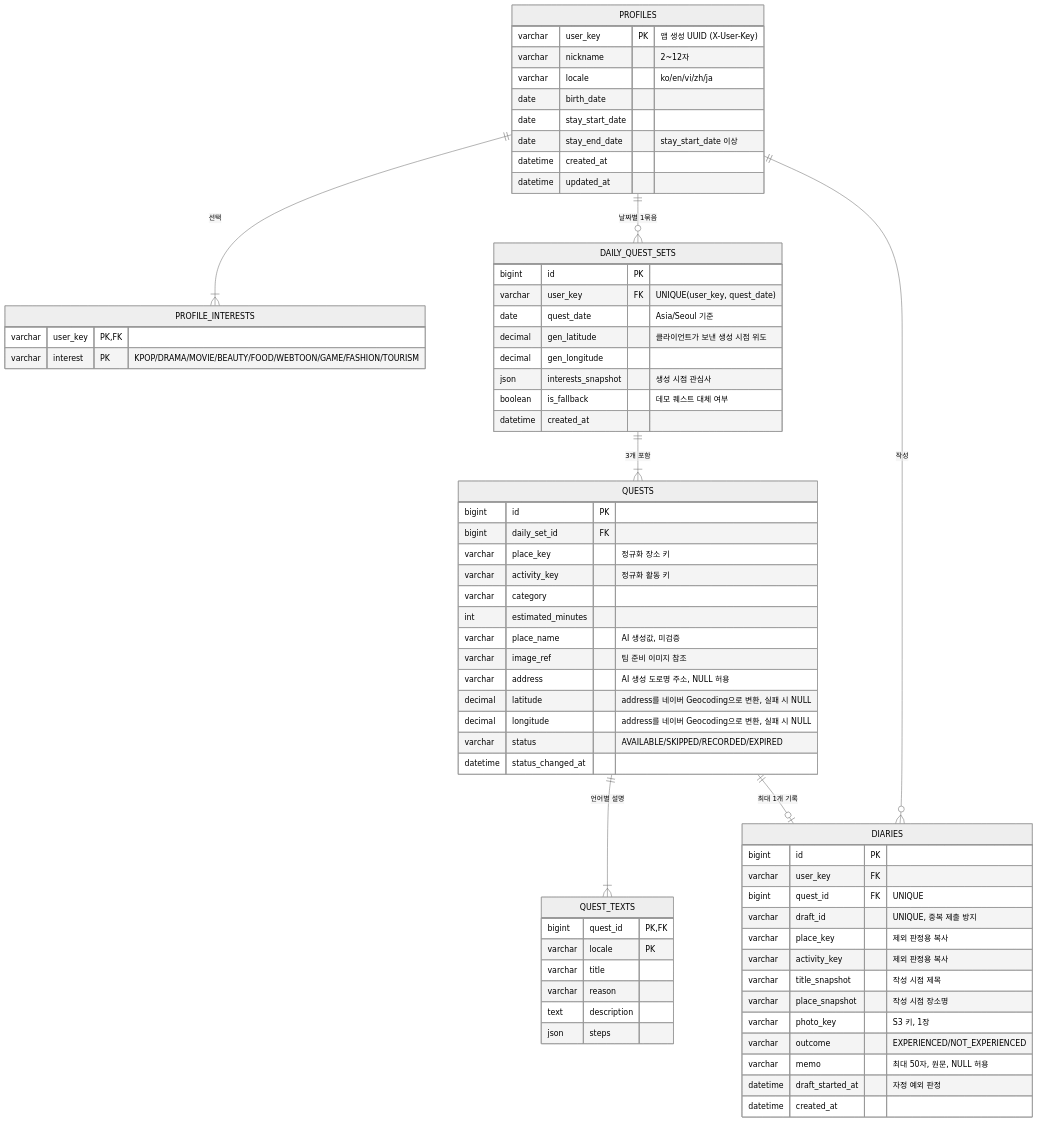
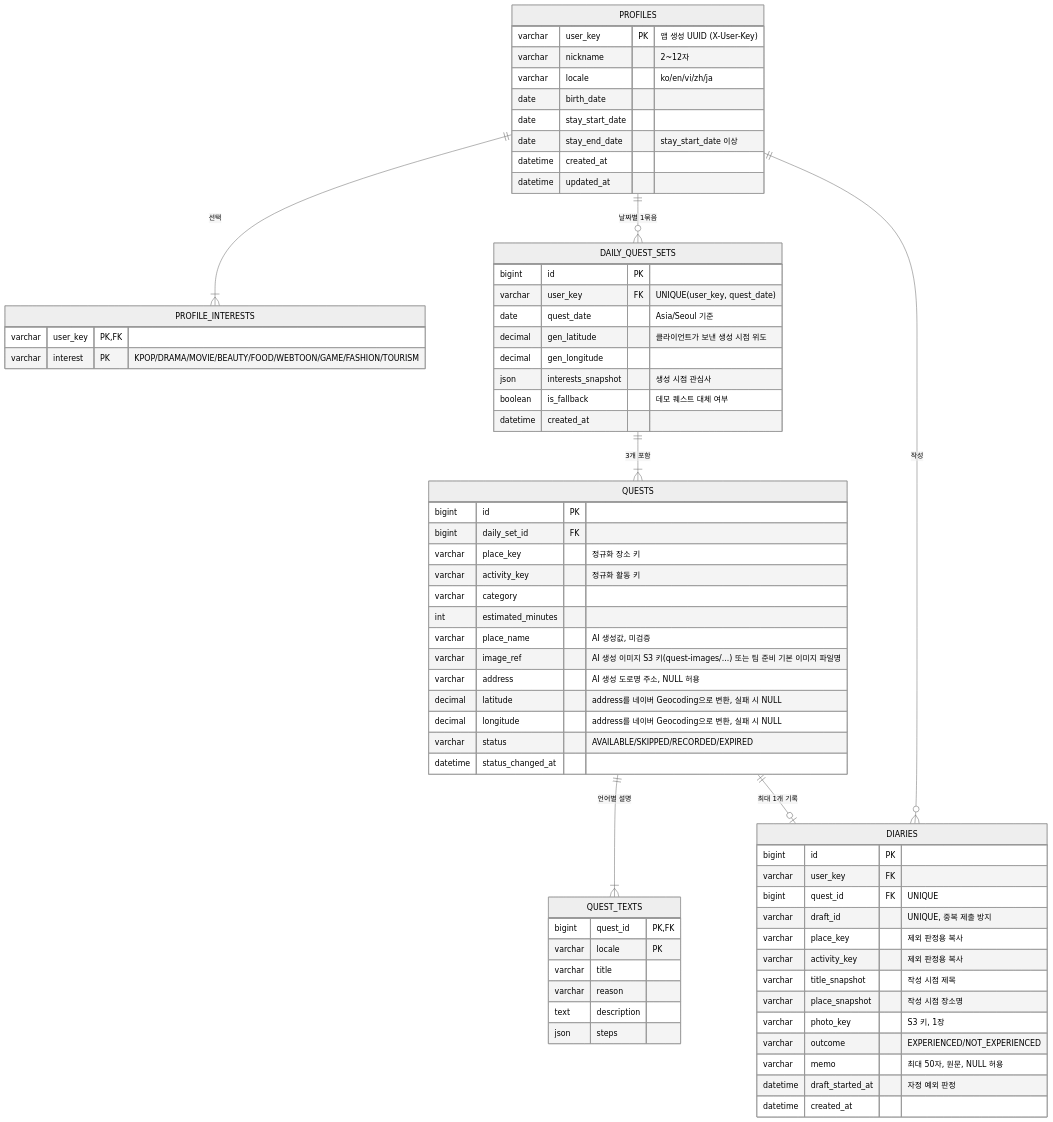
The diagram in docs/동네메이트_ERD.md (MJU-hackathon/hackathon-server), drawn with Mermaid (neutral theme) before and after one commit. The commit also changed 1 other file, not shown here.

Commit message:
docs: 명세서·ERD에 퀘스트 대표 이미지 AI 생성 반영 - #43

````diff
--- a/docs/동네메이트_ERD.md
+++ b/docs/동네메이트_ERD.md
@@ -7,77 +7,77 @@
 ```mermaid
 erDiagram
     PROFILES ||--|{ PROFILE_INTERESTS : "선택"
     PROFILES ||--o{ DAILY_QUEST_SETS : "날짜별 1묶음"
     DAILY_QUEST_SETS ||--|{ QUESTS : "3개 포함"
     QUESTS ||--|{ QUEST_TEXTS : "언어별 설명"
     QUESTS ||--o| DIARIES : "최대 1개 기록"
     PROFILES ||--o{ DIARIES : "작성"
 
     PROFILES {
         varchar user_key PK "앱 생성 UUID (X-User-Key)"
         varchar nickname "2~12자"
         varchar locale "ko/en/vi/zh/ja"
         date birth_date
         date stay_start_date
         date stay_end_date "stay_start_date 이상"
         datetime created_at
         datetime updated_at
     }
 
     PROFILE_INTERESTS {
         varchar user_key PK, FK
         varchar interest PK "KPOP/DRAMA/MOVIE/BEAUTY/FOOD/WEBTOON/GAME/FASHION/TOURISM"
     }
 
     DAILY_QUEST_SETS {
         bigint id PK
         varchar user_key FK "UNIQUE(user_key, quest_date)"
         date quest_date "Asia/Seoul 기준"
         decimal gen_latitude "클라이언트가 보낸 생성 시점 위도"
         decimal gen_longitude
         json interests_snapshot "생성 시점 관심사"
         boolean is_fallback "데모 퀘스트 대체 여부"
         datetime created_at
     }
 
     QUESTS {
         bigint id PK
         bigint daily_set_id FK
         varchar place_key "정규화 장소 키"
         varchar activity_key "정규화 활동 키"
         varchar category
         int estimated_minutes
         varchar place_name "AI 생성값, 미검증"
-        varchar image_ref "팀 준비 이미지 참조"
+        varchar image_ref "AI 생성 이미지 S3 키(quest-images/...) 또는 팀 준비 기본 이미지 파일명"
         varchar address "AI 생성 도로명 주소, NULL 허용"
         decimal latitude "address를 네이버 Geocoding으로 변환, 실패 시 NULL"
         decimal longitude "address를 네이버 Geocoding으로 변환, 실패 시 NULL"
         varchar status "AVAILABLE/SKIPPED/RECORDED/EXPIRED"
         datetime status_changed_at
     }
 
     QUEST_TEXTS {
         bigint quest_id PK, FK
         varchar locale PK
         varchar title
         varchar reason
         text description
         json steps
     }
 
     DIARIES {
         bigint id PK
         varchar user_key FK
         bigint quest_id FK "UNIQUE"
         varchar draft_id "UNIQUE, 중복 제출 방지"
         varchar place_key "제외 판정용 복사"
         varchar activity_key "제외 판정용 복사"
         varchar title_snapshot "작성 시점 제목"
         varchar place_snapshot "작성 시점 장소명"
         varchar photo_key "S3 키, 1장"
         varchar outcome "EXPERIENCED/NOT_EXPERIENCED"
         varchar memo "최대 50자, 원문, NULL 허용"
         datetime draft_started_at "자정 예외 판정"
         datetime created_at
     }
 ```
````
